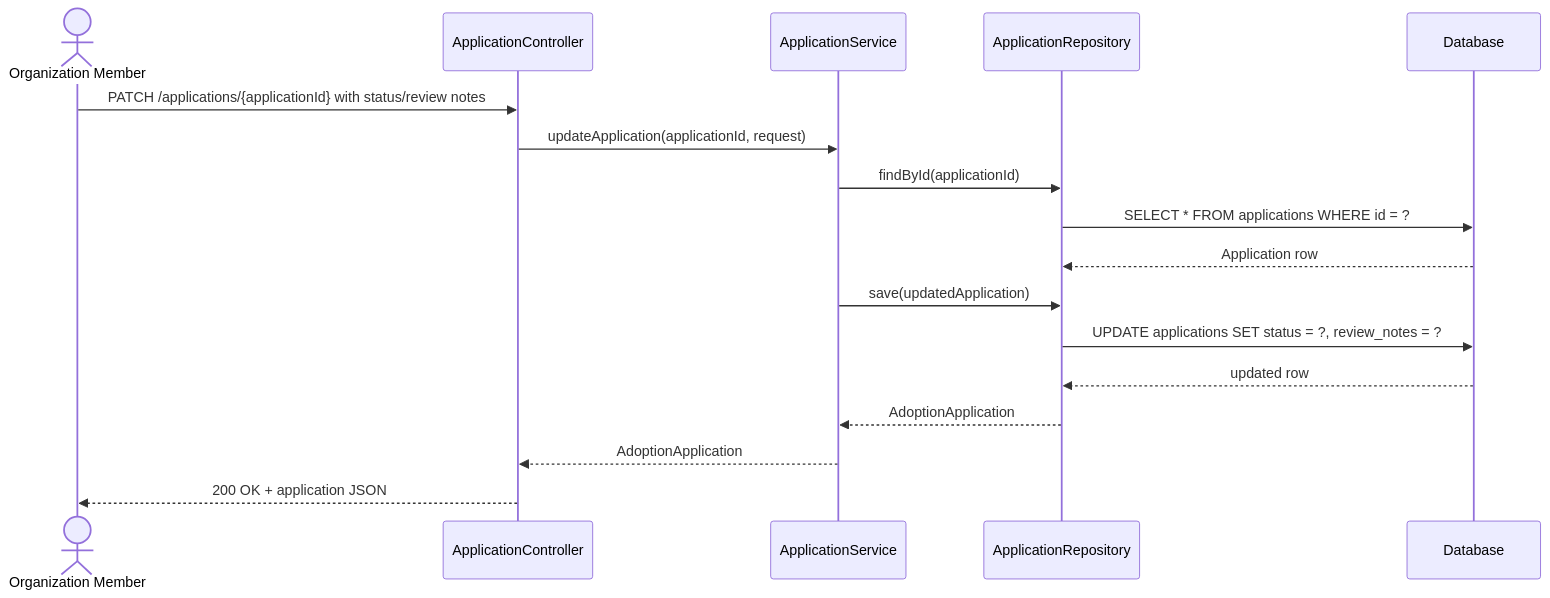
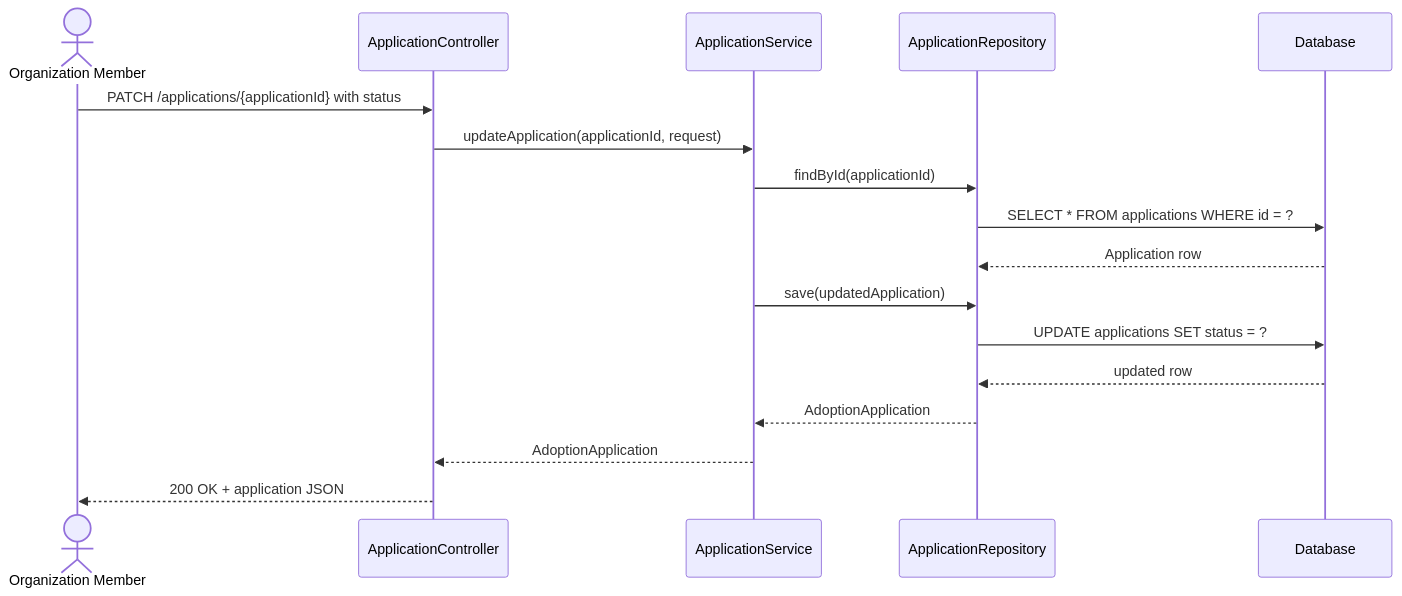
One commit to daniel9917/adopcion-service changed diagram 11 of 13 in docs/architecture/sequence-models.md. Above: the diagram before and after it, drawn with Mermaid. The commit also changed other lines of this file and 21 other files, not shown here.

Commit message:
Adding Adoption Application Review Notes API

````diff
--- a/docs/architecture/sequence-models.md
+++ b/docs/architecture/sequence-models.md
@@ -238,20 +276,20 @@
 ```mermaid
 sequenceDiagram
     actor OrgMember as Organization Member
     participant Controller as ApplicationController
     participant Service as ApplicationService
     participant Repo as ApplicationRepository
     participant DB as Database
 
-    OrgMember->>Controller: PATCH /applications/{applicationId} with status/review notes
+    OrgMember->>Controller: PATCH /applications/{applicationId} with status
     Controller->>Service: updateApplication(applicationId, request)
     Service->>Repo: findById(applicationId)
     Repo->>DB: SELECT * FROM applications WHERE id = ?
     DB-->>Repo: Application row
     Service->>Repo: save(updatedApplication)
-    Repo->>DB: UPDATE applications SET status = ?, review_notes = ?
+    Repo->>DB: UPDATE applications SET status = ?
     DB-->>Repo: updated row
     Repo-->>Service: AdoptionApplication
     Service-->>Controller: AdoptionApplication
     Controller-->>OrgMember: 200 OK + application JSON
 ```
````
